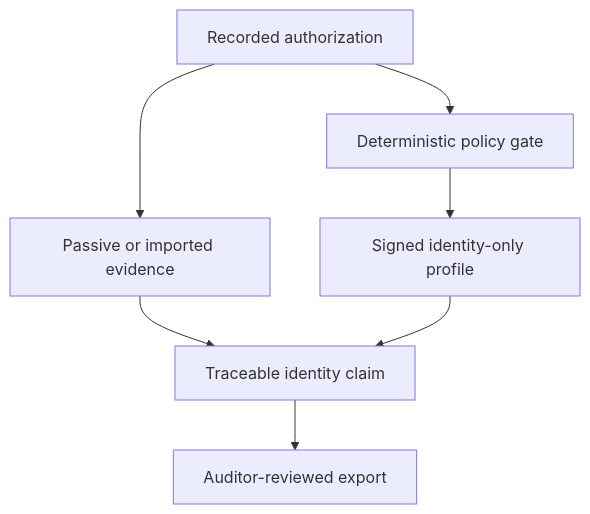
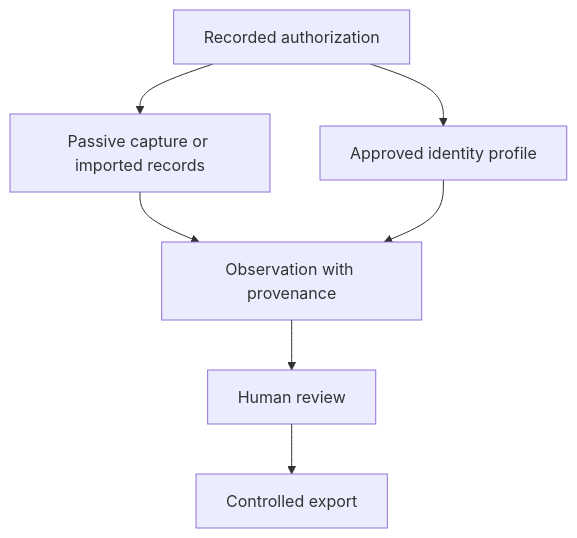
The diagram in README.md (charifmahmoudi/mobile-ot-security-assessment), drawn with Mermaid before and after one commit. The commit also changed other lines of this file, not shown here.

````diff
--- a/README.md
+++ b/README.md
@@ -35,9 +32,9 @@
 ```mermaid
 flowchart TD
-  A[Recorded authorization] --> B[Passive or imported evidence]
-  A --> C[Deterministic policy gate]
-  C --> D[Signed identity-only profile]
-  B --> E[Traceable identity claim]
-  D --> E
-  E --> F[Auditor-reviewed export]
+  A[Recorded authorization] --> B[Passive capture or imported records]
+  A --> C[Approved identity profile]
+  B --> D[Observation with provenance]
+  C --> D
+  D --> E[Human review]
+  E --> F[Controlled export]
 ```
````
